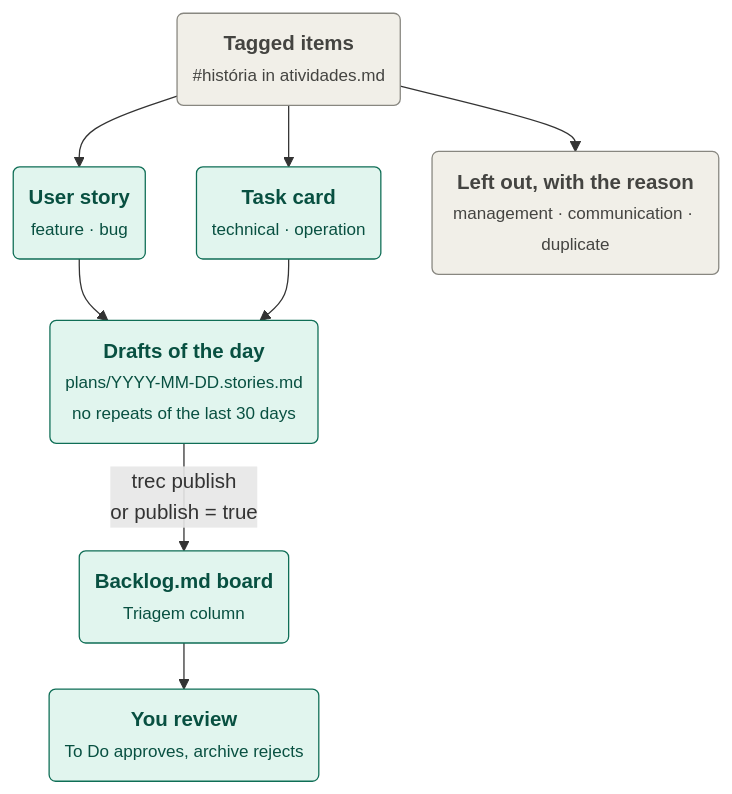
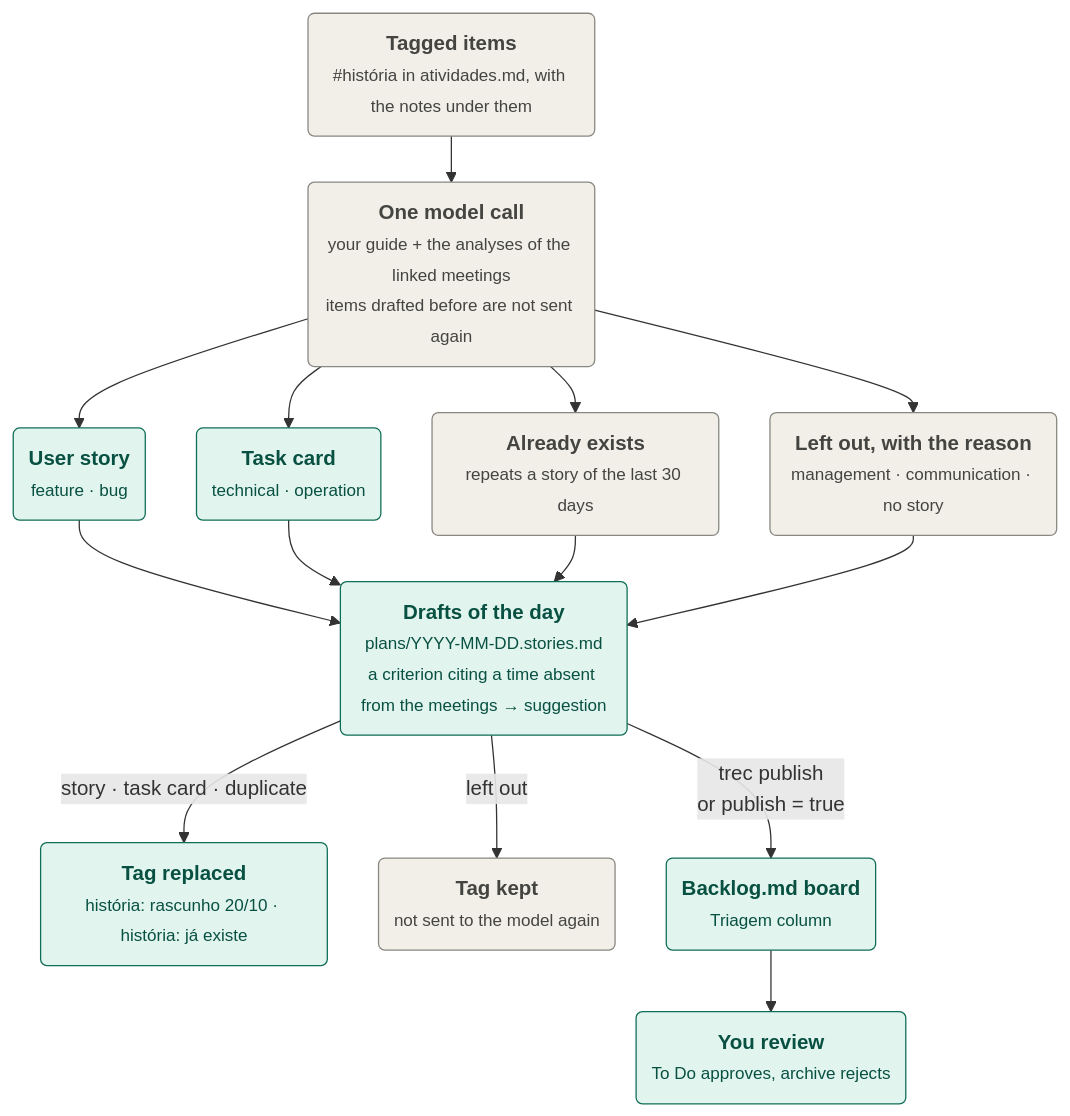
One commit to felipmateus/meet-record changed the second of 2 diagrams in README.md. Above: the diagram before and after it, drawn with Mermaid. The commit also changed other lines of this file, not shown here.

First line of the commit message:
docs: bring the README and its flowcharts in line with the code

````diff
--- a/README.md
+++ b/README.md
@@ -399,21 +408,26 @@
 ```mermaid
 %%{init: {"flowchart": {"nodeSpacing": 40, "rankSpacing": 36, "curve": "basis", "padding": 12}}}%%
 flowchart TB
-    tagged("<b>Tagged items</b><br/><small>#história in atividades.md</small>")
+    tagged("<b>Tagged items</b><br/><small>#história in atividades.md, with the notes under them</small>")
+    writer("<b>One model call</b><br/><small>your guide + the analyses of the linked meetings</small><br/><small>items drafted before are not sent again</small>")
     story("<b>User story</b><br/><small>feature · bug</small>")
     task("<b>Task card</b><br/><small>technical · operation</small>")
-    left("<b>Left out, with the reason</b><br/><small>management · communication · duplicate</small>")
-    drafts("<b>Drafts of the day</b><br/><small>plans/YYYY-MM-DD.stories.md</small><br/><small>no repeats of the last 30 days</small>")
+    dup("<b>Already exists</b><br/><small>repeats a story of the last 30 days</small>")
+    left("<b>Left out, with the reason</b><br/><small>management · communication · no story</small>")
+    drafts("<b>Drafts of the day</b><br/><small>plans/YYYY-MM-DD.stories.md</small><br/><small>a criterion citing a time absent from the meetings → suggestion</small>")
+    link("<b>Tag replaced</b><br/><small>história: rascunho 20/10 · história: já existe</small>")
+    kept("<b>Tag kept</b><br/><small>not sent to the model again</small>")
     board("<b>Backlog.md board</b><br/><small>Triagem column</small>")
     review("<b>You review</b><br/><small>To Do approves, archive rejects</small>")
 
-    tagged --> story & task & left
-    story & task --> drafts
-    drafts -- "trec publish<br/>or publish = true" --> board
-    board --> review
+    tagged --> writer --> story & task & dup & left
+    story & task & dup & left --> drafts
+    drafts -- "story · task card · duplicate" --> link
+    drafts -- "left out" --> kept
+    drafts -- "trec publish<br/>or publish = true" --> board --> review
 
     classDef board fill:#E1F5EE,stroke:#0F6E56,stroke-width:1px,color:#085041
     classDef neutral fill:#F1EFE8,stroke:#888780,stroke-width:1px,color:#444441
-    class story,task,drafts,board,review board
-    class tagged,left neutral
+    class story,task,drafts,link,board,review board
+    class tagged,writer,dup,left,kept neutral
 ```
````
